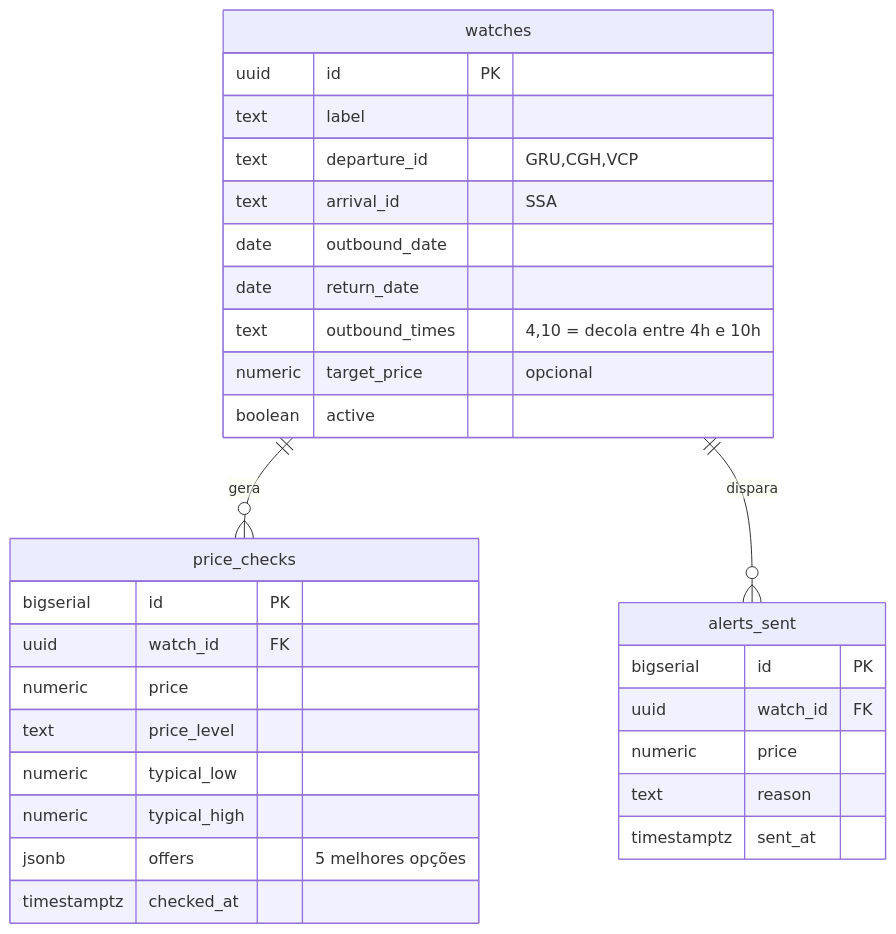
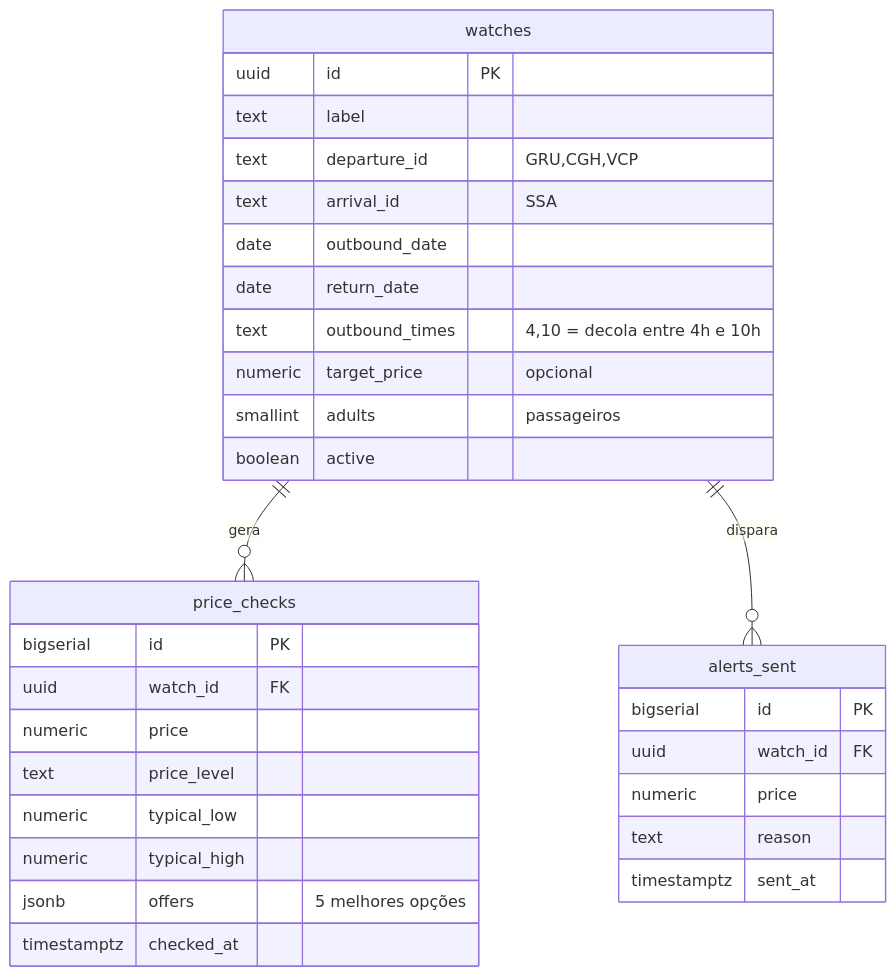
One commit to Apollomilk10/FlyAlert changed the third of 3 diagrams in README.md. Above: the diagram before and after it, drawn with Mermaid. The commit also changed other lines of this file, not shown here.

````diff
--- a/README.md
+++ b/README.md
@@ -111,34 +111,35 @@
 ```mermaid
 erDiagram
     watches ||--o{ price_checks : "gera"
     watches ||--o{ alerts_sent : "dispara"
 
     watches {
         uuid id PK
         text label
         text departure_id "GRU,CGH,VCP"
         text arrival_id "SSA"
         date outbound_date
         date return_date
         text outbound_times "4,10 = decola entre 4h e 10h"
         numeric target_price "opcional"
+        smallint adults "passageiros"
         boolean active
     }
     price_checks {
         bigserial id PK
         uuid watch_id FK
         numeric price
         text price_level
         numeric typical_low
         numeric typical_high
         jsonb offers "5 melhores opções"
         timestamptz checked_at
     }
     alerts_sent {
         bigserial id PK
         uuid watch_id FK
         numeric price
         text reason
         timestamptz sent_at
     }
 ```
````
